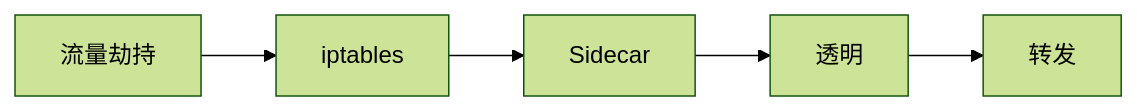
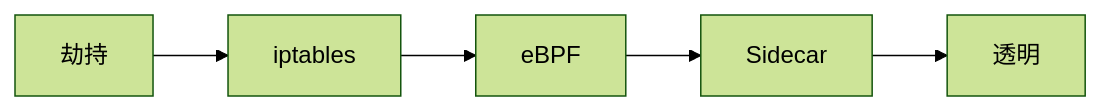
One commit to tghrxxxyyy/knowledge-base changed the diagram in 基础知识/网络与协议/服务网格流量劫持.md. Above: the diagram before and after it, drawn with Mermaid (forest theme). The commit also changed other lines of this file and 385 other files, not shown here.

````diff
--- a/基础知识/网络与协议/服务网格流量劫持.md
+++ b/基础知识/网络与协议/服务网格流量劫持.md
@@ -19,9 +19,9 @@
 ```mermaid
 flowchart LR
-    A[流量劫持]
+    A[劫持]
     B[iptables]
-    C[Sidecar]
-    D[透明]
-    E[转发]
+    C[eBPF]
+    D[Sidecar]
+    E[透明]
     A --> B --> C --> D --> E
 ```
````
